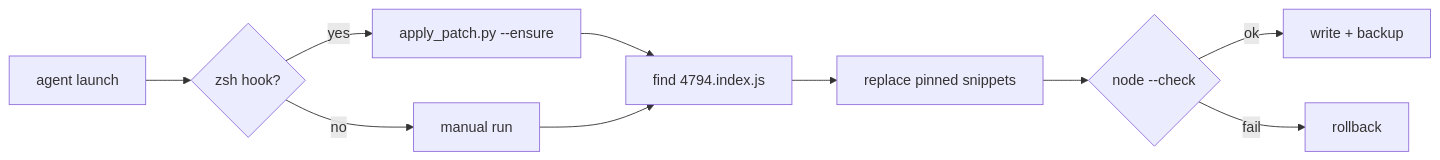
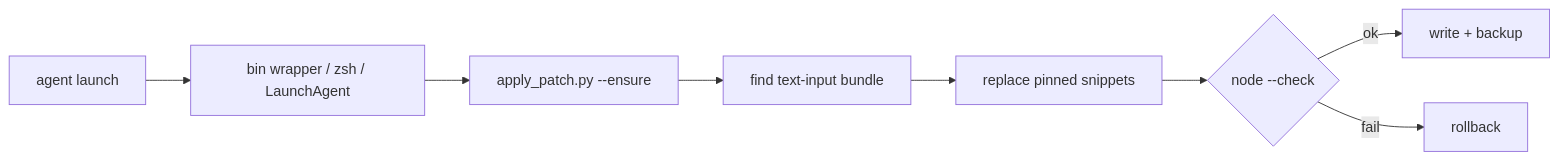
The diagram in README.md (vzts/cursor-cli-input-patch), drawn with Mermaid before and after one commit.

Commit message:
Document LaunchAgent/wrapper flow in the README diagram.

````diff
--- a/README.md
+++ b/README.md
@@ -177,12 +177,10 @@
 ```mermaid
 flowchart LR
-  A[agent launch] --> B{zsh hook?}
-  B -->|yes| C[apply_patch.py --ensure]
-  B -->|no| D[manual run]
-  C --> E[find 4794.index.js]
-  D --> E
+  A[agent launch] --> B[bin wrapper / zsh / LaunchAgent]
+  B --> C[apply_patch.py --ensure]
+  C --> E[find text-input bundle]
   E --> F[replace pinned snippets]
   F --> G{node --check}
   G -->|ok| H[write + backup]
   G -->|fail| I[rollback]
 ```
````
